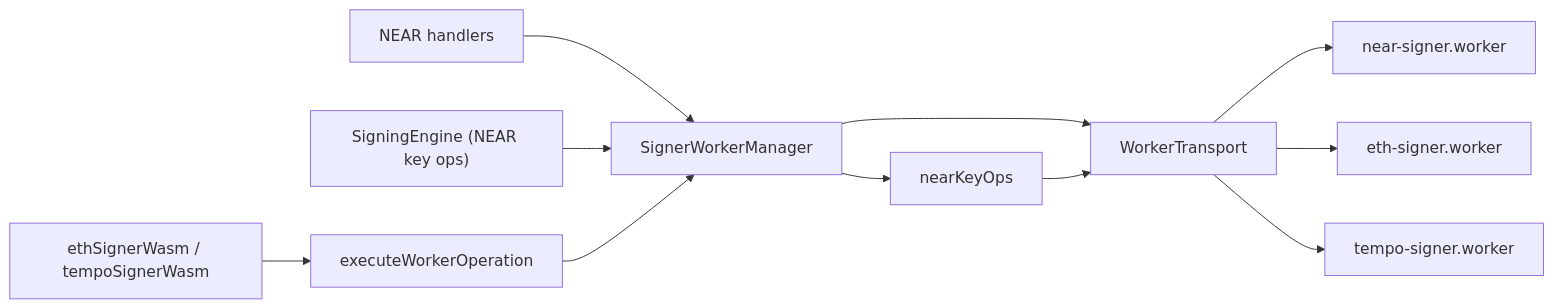
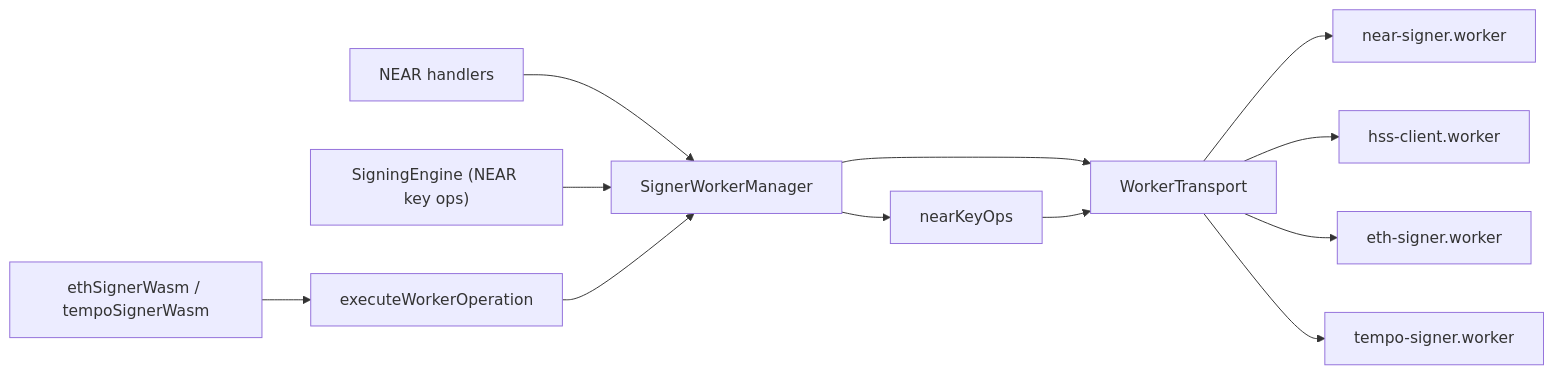
Before and after one commit to seams-tech/seams-sdk: the third of 3 diagrams in client/src/core/signingEngine/README.md, drawn with Mermaid. The commit also changed other lines of this file and 37 other files, not shown here.

````diff
--- a/client/src/core/signingEngine/README.md
+++ b/client/src/core/signingEngine/README.md
@@ -60,14 +60,15 @@
 ```mermaid
 flowchart LR
   NH["NEAR handlers"] --> SWM["SignerWorkerManager"]
   SE["SigningEngine (NEAR key ops)"] --> SWM
   SWM --> ST["WorkerTransport"]
   SWM --> NKO["nearKeyOps"]
   NKO --> ST
   ST --> NSW["near-signer.worker"]
+  ST --> HSW["hss-client.worker"]
   ST --> EWK["eth-signer.worker"]
   ST --> TWK["tempo-signer.worker"]
 
   WASM["ethSignerWasm / tempoSignerWasm"] --> EX["executeWorkerOperation"]
   EX --> SWM
 ```
````
